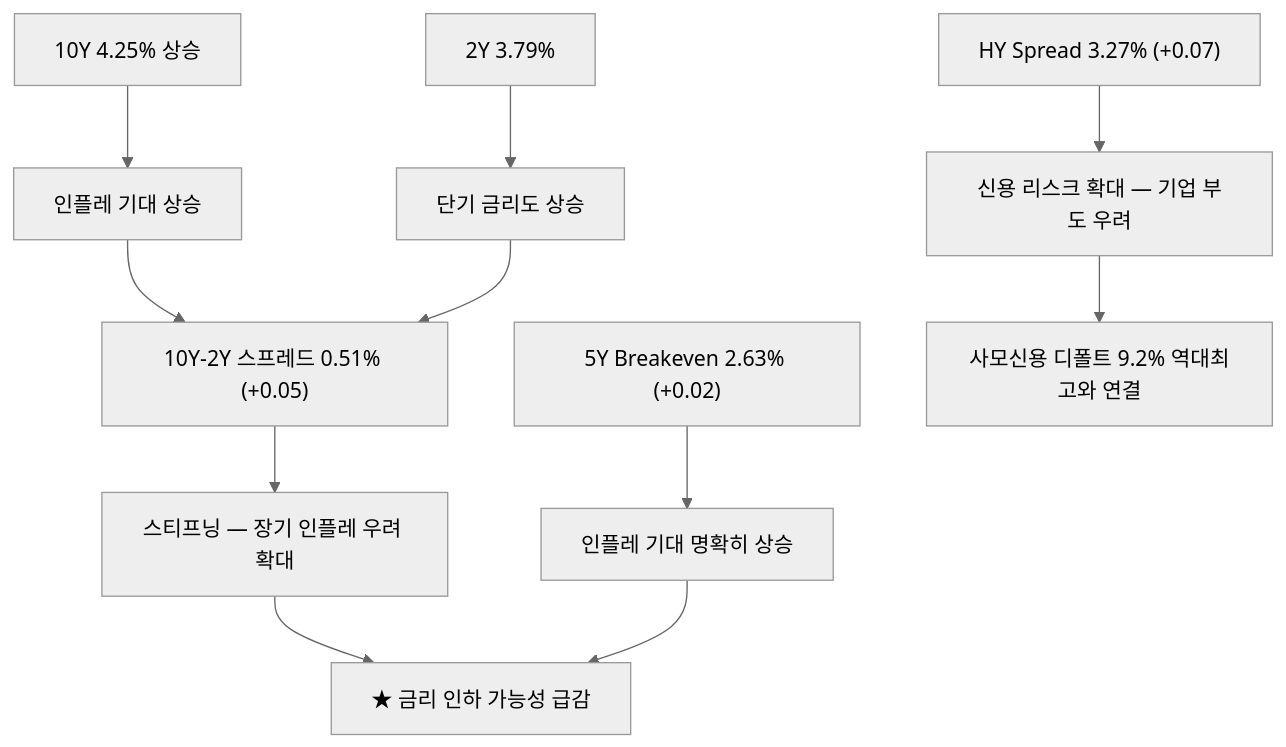
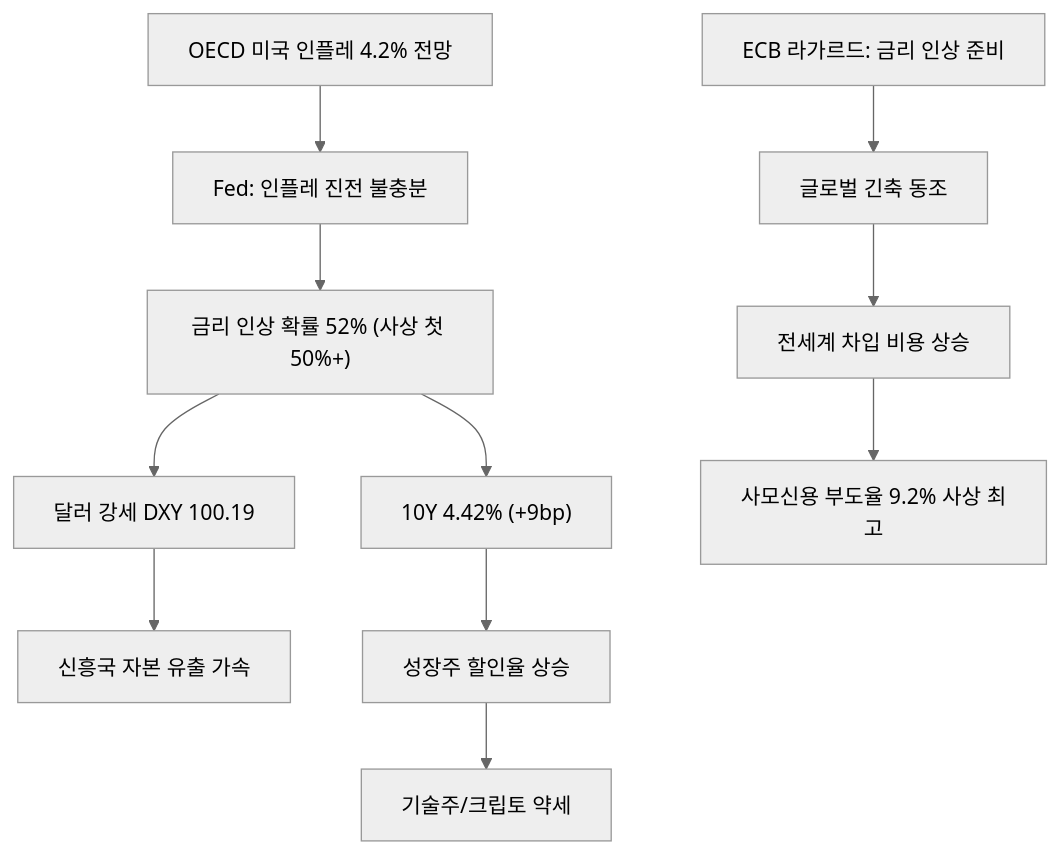
Before and after one commit to dss99911/dss99911.github.io: the third of 11 diagrams in _posts/knowledge/invest/2026-01-12-macroeconomic-policy-sector-outlook-2026.md, drawn with Mermaid (neutral theme). The commit also changed other lines of this file and 3 other files, not shown here.

````diff
--- a/_posts/knowledge/invest/2026-01-12-macroeconomic-policy-sector-outlook-2026.md
+++ b/_posts/knowledge/invest/2026-01-12-macroeconomic-policy-sector-outlook-2026.md
@@ -122,13 +116,13 @@
 ```mermaid
 graph TD
-    A["10Y 4.25% 상승"] --> B["인플레 기대 상승"]
-    C["2Y 3.79%"] --> D["단기 금리도 상승"]
-    B --> E["10Y-2Y 스프레드 0.51% #40;+0.05#41;"]
-    D --> E
-    E --> F["스티프닝 — 장기 인플레 우려 확대"]
-    G["5Y Breakeven 2.63% #40;+0.02#41;"] --> H["인플레 기대 명확히 상승"]
-    I["HY Spread 3.27% #40;+0.07#41;"] --> J["신용 리스크 확대 — 기업 부도 우려"]
-    F --> K["★ 금리 인하 가능성 급감"]
-    H --> K
-    J --> L["사모신용 디폴트 9.2% 역대최고와 연결"]
+    A["OECD 미국 인플레 4.2% 전망"] --> B["Fed: 인플레 진전 불충분"]
+    B --> C["금리 인상 확률 52% #40;사상 첫 50%+#41;"]
+    C --> D["달러 강세 DXY 100.19"]
+    D --> E["신흥국 자본 유출 가속"]
+    F["ECB 라가르드: 금리 인상 준비"] --> G["글로벌 긴축 동조"]
+    G --> H["전세계 차입 비용 상승"]
+    H --> I["사모신용 부도율 9.2% 사상 최고"]
+    C --> J["10Y 4.42% #40;+9bp#41;"]
+    J --> K["성장주 할인율 상승"]
+    K --> L["기술주/크립토 약세"]
 ```
````
